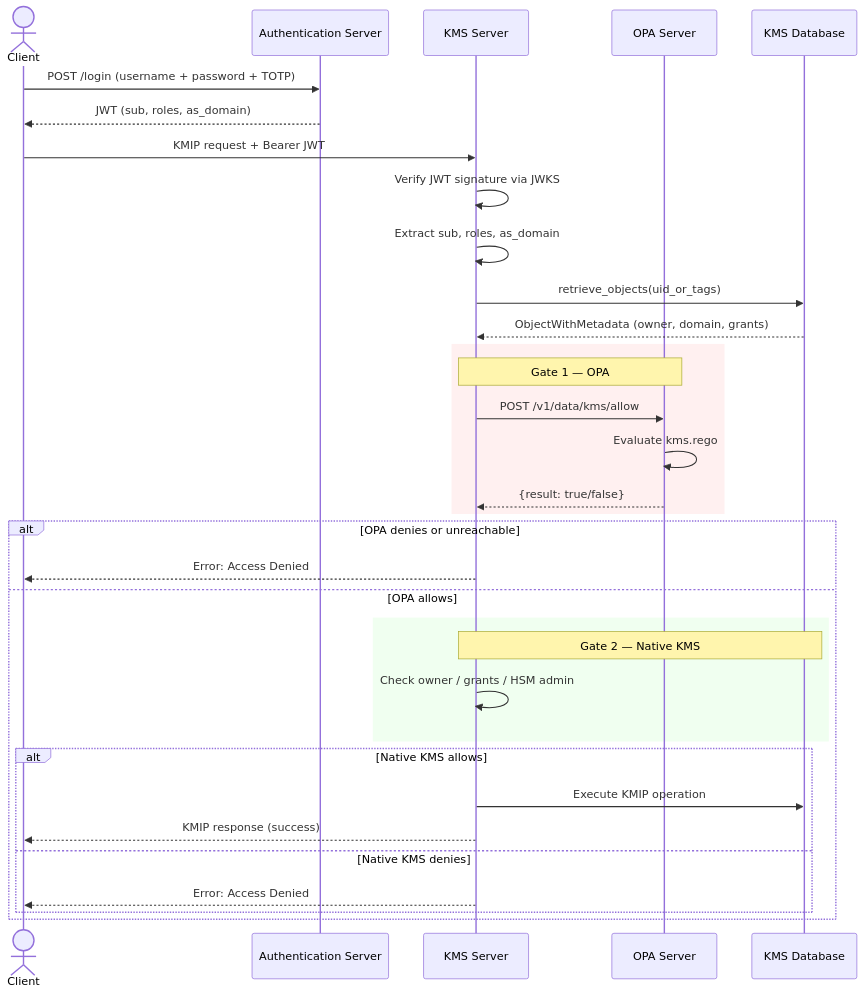
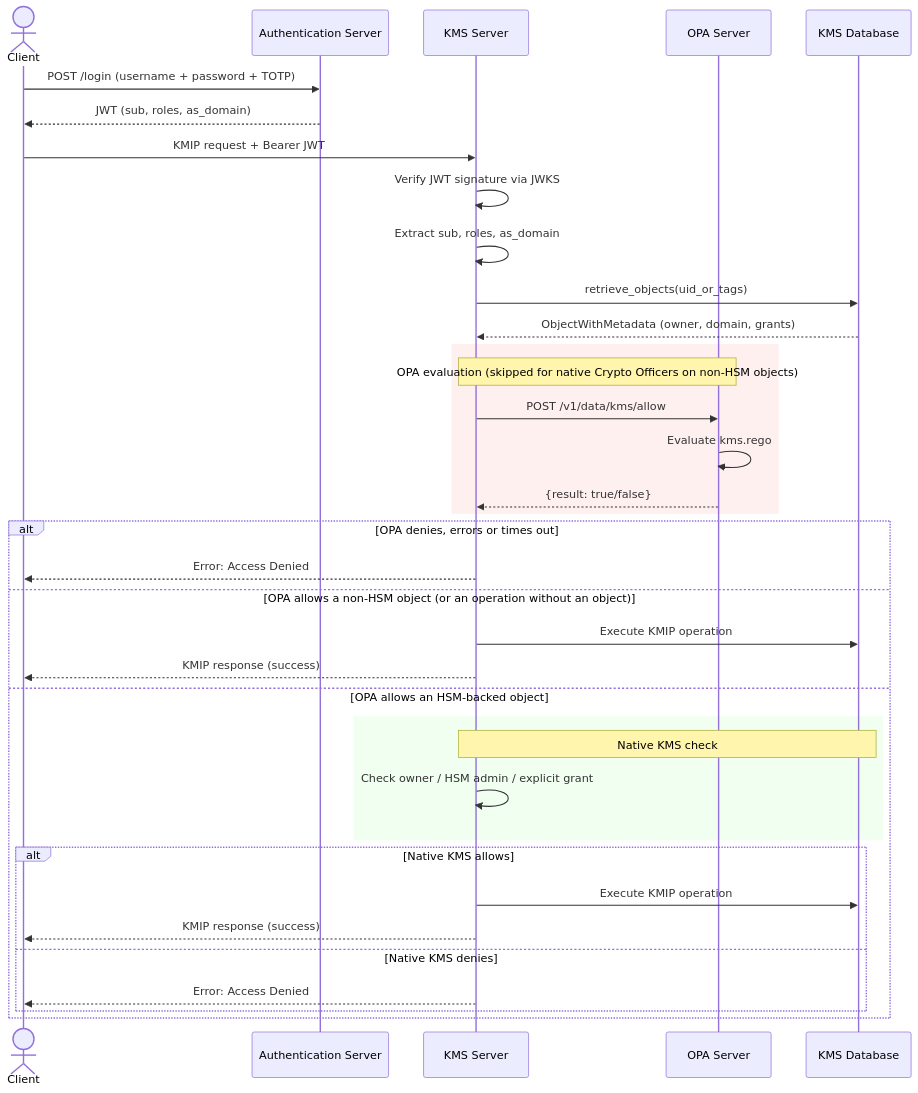
Before and after one commit to Cosmian/kms: the second of 3 diagrams in documentation/docs/configuration/authorization/mode3.md, drawn with Mermaid. The commit also changed other lines of this file and 20 other files, not shown here.

````diff
--- a/documentation/docs/configuration/authorization/mode3.md
+++ b/documentation/docs/configuration/authorization/mode3.md
@@ -72,40 +100,43 @@
 ```mermaid
 sequenceDiagram
     actor Client
     participant AuthSrv as Authentication Server
     participant KMS as KMS Server
     participant OPA as OPA Server
     participant DB as KMS Database
 
     Client->>AuthSrv: POST /login (username + password + TOTP)
     AuthSrv-->>Client: JWT (sub, roles, as_domain)
 
     Client->>KMS: KMIP request + Bearer JWT
     KMS->>KMS: Verify JWT signature via JWKS
     KMS->>KMS: Extract sub, roles, as_domain
 
     KMS->>DB: retrieve_objects(uid_or_tags)
     DB-->>KMS: ObjectWithMetadata (owner, domain, grants)
 
     rect rgb(255, 240, 240)
-        Note over KMS,OPA: Gate 1 — OPA
+        Note over KMS,OPA: OPA evaluation (skipped for native Crypto Officers on non-HSM objects)
         KMS->>OPA: POST /v1/data/kms/allow
         OPA->>OPA: Evaluate kms.rego
         OPA-->>KMS: {result: true/false}
     end
 
-    alt OPA denies or unreachable
+    alt OPA denies, errors or times out
         KMS-->>Client: Error: Access Denied
-    else OPA allows
+    else OPA allows a non-HSM object (or an operation without an object)
+        KMS->>DB: Execute KMIP operation
+        KMS-->>Client: KMIP response (success)
+    else OPA allows an HSM-backed object
         rect rgb(240, 255, 240)
-            Note over KMS,DB: Gate 2 — Native KMS
-            KMS->>KMS: Check owner / grants / HSM admin
+            Note over KMS,DB: Native KMS check
+            KMS->>KMS: Check owner / HSM admin / explicit grant
         end
         alt Native KMS allows
             KMS->>DB: Execute KMIP operation
             KMS-->>Client: KMIP response (success)
         else Native KMS denies
             KMS-->>Client: Error: Access Denied
         end
     end
 ```
````
